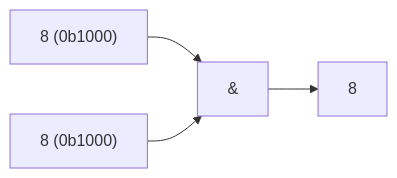
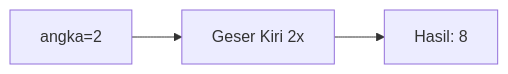
One commit to amnahwaida/OSNK_INF_PREP changed the seventh of 25 diagrams in part-c-pemahaman-cpp/06-bitwise/latihan/set-08.md. Above: the diagram before and after it, drawn with Mermaid. The commit also changed other lines of this file and 71 other files, not shown here.

````diff
--- a/part-c-pemahaman-cpp/06-bitwise/latihan/set-08.md
+++ b/part-c-pemahaman-cpp/06-bitwise/latihan/set-08.md
@@ -178,6 +185,5 @@
 ```mermaid
 graph LR
-A["8 (0b1000)"] --> C["&"]
-B["8 (0b1000)"] --> C
-C --> D["8"]
+A["angka=2"] --> B["Geser Kiri 2x"]
+B --> C["Hasil: 8"]
 ```
````
